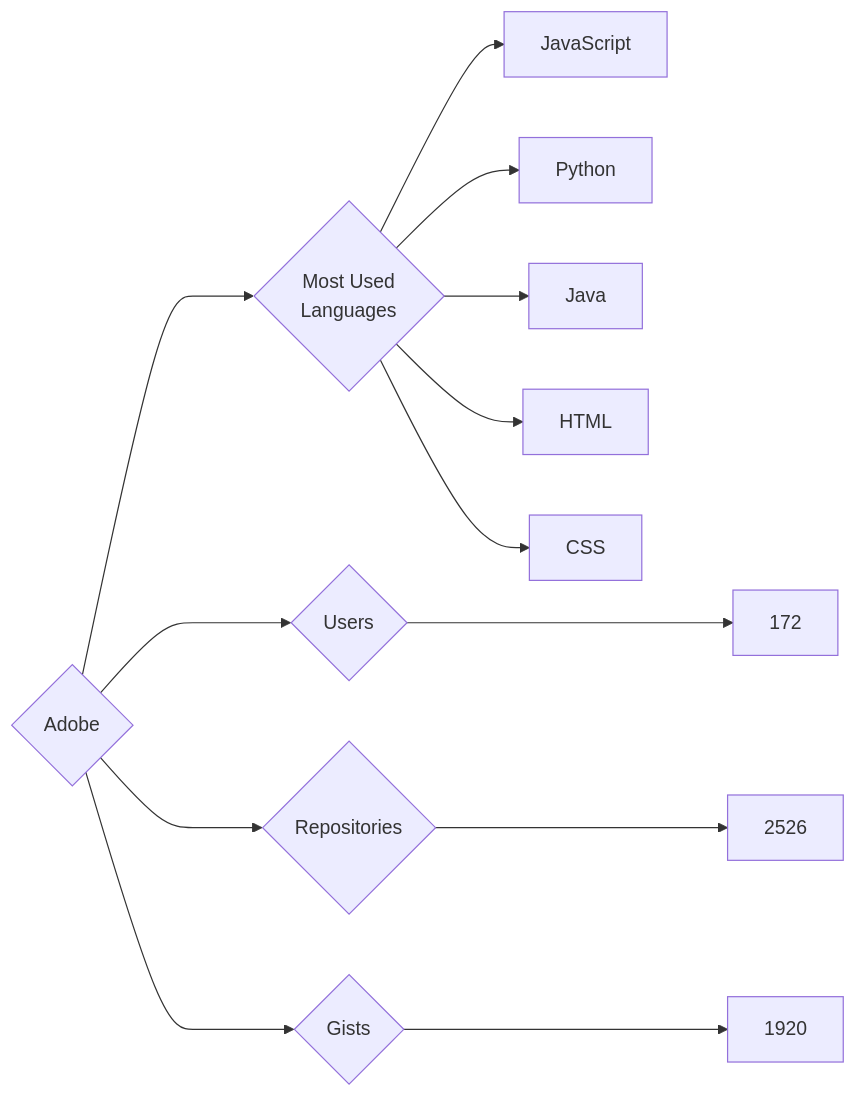
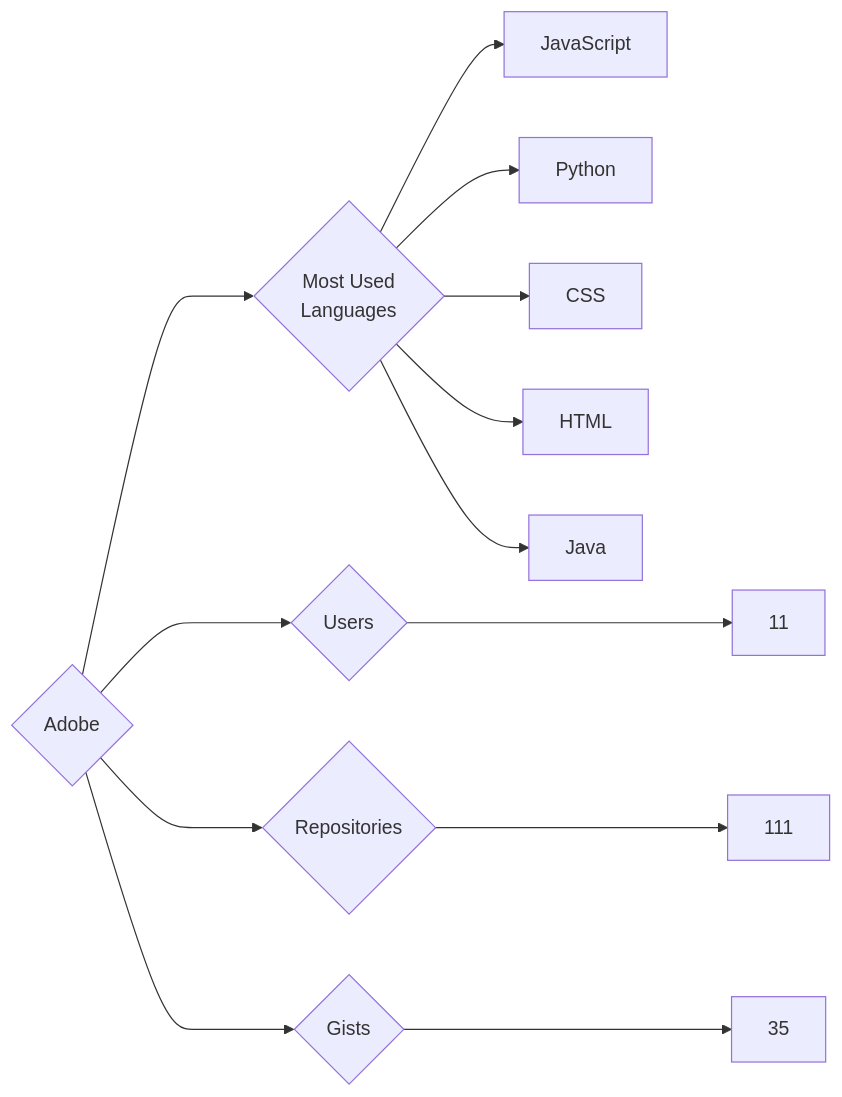
One commit to trickest/insiders changed the diagram in targets/Adobe/README.md. Above: the diagram before and after it, drawn with Mermaid. The commit also changed 934 other files, not shown here.

````diff
--- a/targets/Adobe/README.md
+++ b/targets/Adobe/README.md
@@ -3,13 +3,13 @@
 ```mermaid
 graph LR
 COMPANY_NAME{Adobe}
-COMPANY_NAME ---> U{Users} ---> UN[172]
-COMPANY_NAME ---> R{Repositories} ---> RN[2526]
-COMPANY_NAME ---> G{Gists} ---> GN[1920]
+COMPANY_NAME ---> U{Users} ---> UN[11]
+COMPANY_NAME ---> R{Repositories} ---> RN[111]
+COMPANY_NAME ---> G{Gists} ---> GN[35]
 COMPANY_NAME ---> ML{Most Used<br>Languages}
 ML --> JavaScript[JavaScript]
 ML --> Python[Python]
+ML --> CSS[CSS]
+ML --> HTML[HTML]
 ML --> Java[Java]
-ML --> HTML[HTML]
-ML --> CSS[CSS]
 ```
````
